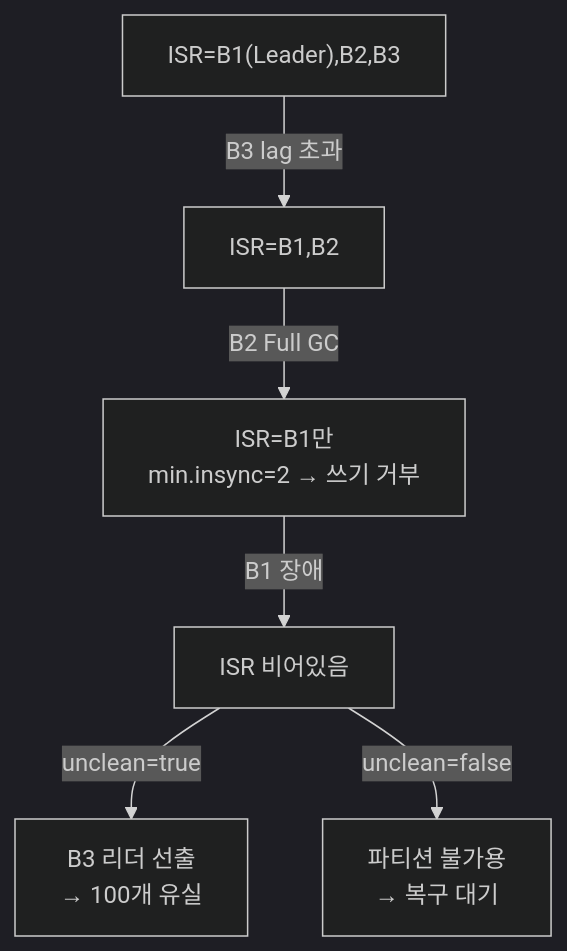
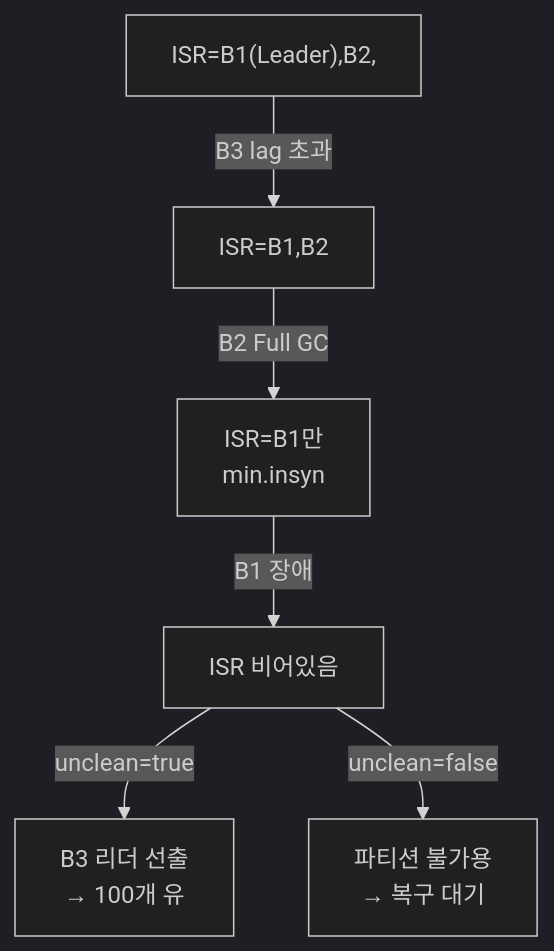
Before and after one commit to yjkim2015/yjkim2015.github.io: diagram 12 of 21 in _posts/kafka/2026-05-01-kafka-extreme-scenarios.md, drawn with Mermaid (dark theme). The commit also changed other lines of this file and 271 other files, not shown here.

First line of the commit message:
Mermaid 라벨 축소: 긴 노드 텍스트 18자 이하로 트림 + \n 제거

````diff
--- a/_posts/kafka/2026-05-01-kafka-extreme-scenarios.md
+++ b/_posts/kafka/2026-05-01-kafka-extreme-scenarios.md
@@ -358,8 +358,8 @@
 ```mermaid
 graph TD
-    S0["ISR=B1(Leader),B2,B3"] -->|"B3 lag 초과"| S1["ISR=B1,B2"]
-    S1 -->|"B2 Full GC"| S2["ISR=B1만\nmin.insync=2 → 쓰기 거부"]
+    S0["ISR=B1(Leader),B2,"] -->|"B3 lag 초과"| S1["ISR=B1,B2"]
+    S1 -->|"B2 Full GC"| S2["ISR=B1만\nmin.insyn"]
     S2 -->|"B1 장애"| S4["ISR 비어있음"]
-    S4 -->|"unclean=true"| UNCLEAN["B3 리더 선출\n→ 100개 유실"]
+    S4 -->|"unclean=true"| UNCLEAN["B3 리더 선출\n→ 100개 유"]
     S4 -->|"unclean=false"| CLEAN["파티션 불가용\n→ 복구 대기"]
 ```
````
